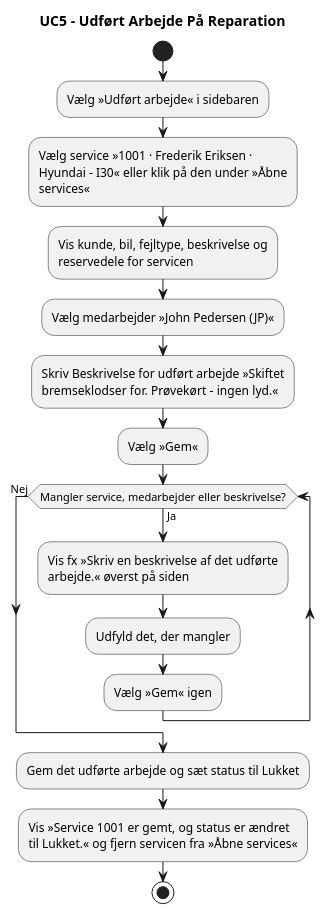
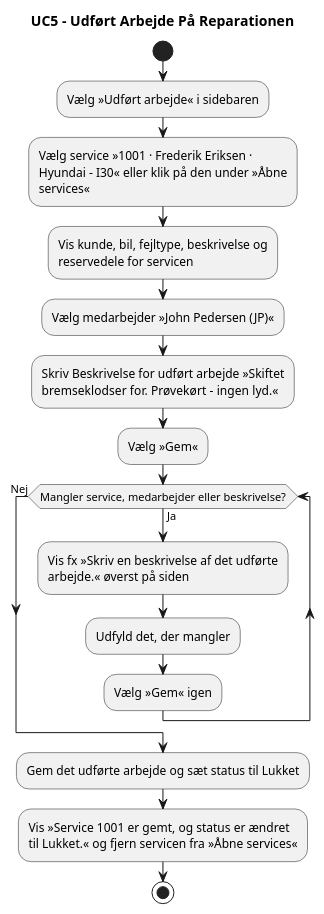
The diagram in 10. Userflow/UC5_udfoert_arbejde.puml (Zoabz/Getting-Real), drawn with PlantUML before and after one commit. The commit also changed other lines of this file and 45 other files, not shown here.

```diff
--- a/10. Userflow/UC5_udfoert_arbejde.puml
+++ b/10. Userflow/UC5_udfoert_arbejde.puml
@@ -2,24 +2,24 @@
 @startuml
-title UC5 - Udført Arbejde På Reparation
+title UC5 - Udført Arbejde På Reparationen
 start
 :Vælg »Udført arbejde« i sidebaren;
 :Vælg service »1001 · Frederik Eriksen ·
 Hyundai - I30« eller klik på den under »Åbne
 services«;
 :Vis kunde, bil, fejltype, beskrivelse og
 reservedele for servicen;
 :Vælg medarbejder »John Pedersen (JP)«;
 :Skriv Beskrivelse for udført arbejde »Skiftet
 bremseklodser for. Prøvekørt – ingen lyd.«;
 :Vælg »Gem«;
 while (Mangler service, medarbejder eller beskrivelse?) is (Ja)
   :Vis fx »Skriv en beskrivelse af det udførte
 arbejde.« øverst på siden;
   :Udfyld det, der mangler;
   :Vælg »Gem« igen;
 endwhile (Nej)
 :Gem det udførte arbejde og sæt status til Lukket;
 :Vis »Service 1001 er gemt, og status er ændret
 til Lukket.« og fjern servicen fra »Åbne services«;
 stop
 @enduml
```
